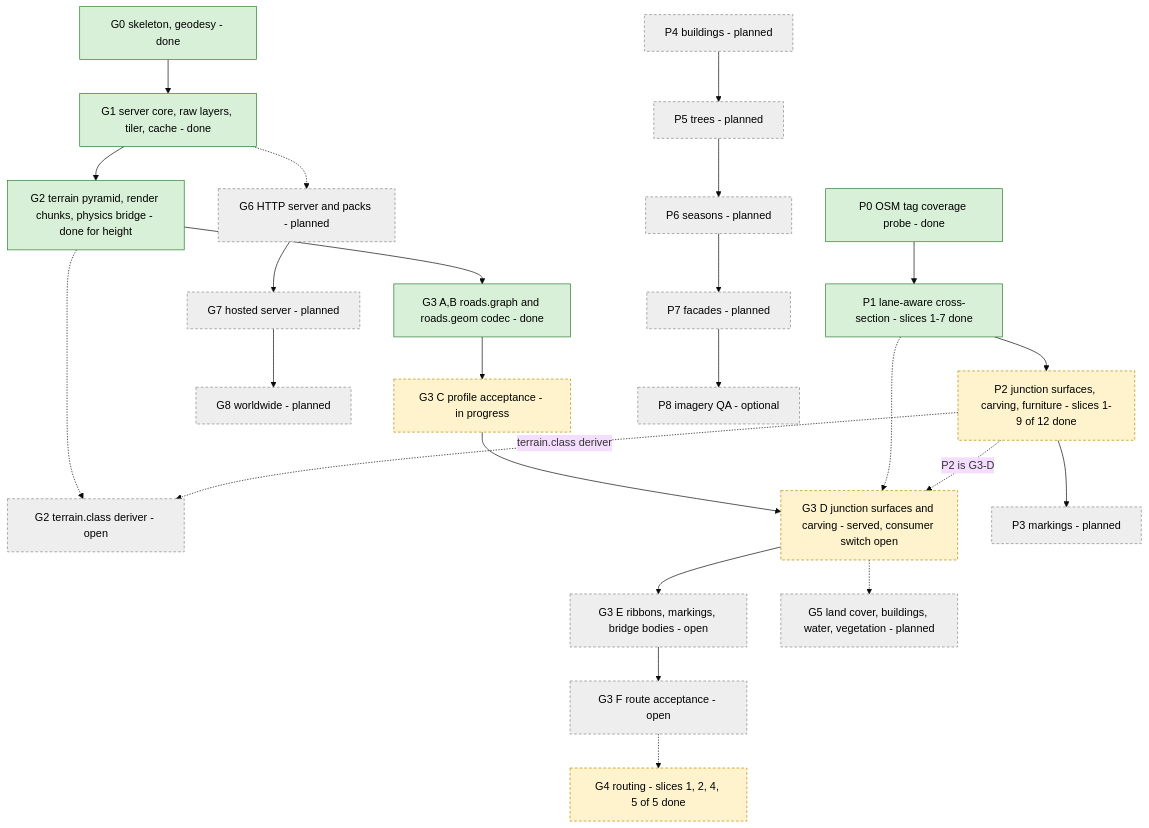
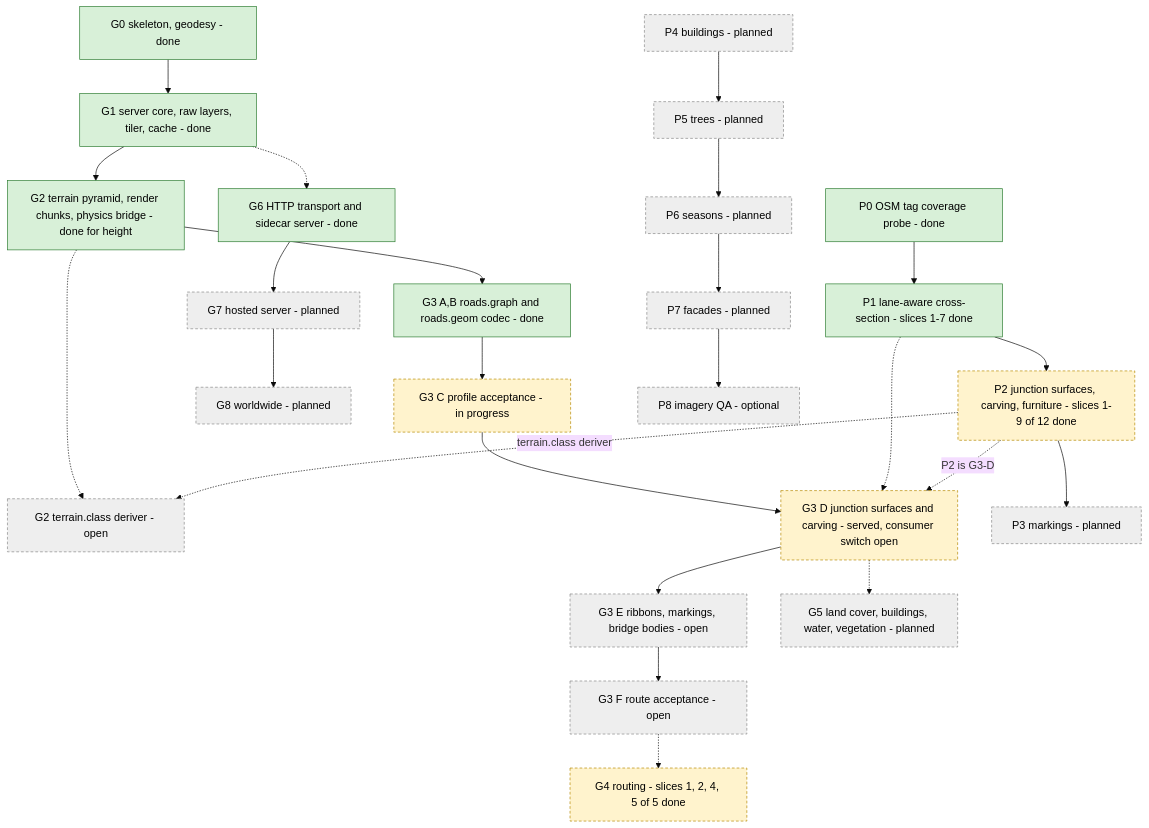
One commit to SebastianDanielFrenz/geo2map_engine changed the fourth of 4 diagrams in docs/pipeline/README.md. Above: the diagram before and after it, drawn with Mermaid (base theme). The commit also changed other lines of this file and 29 other files, not shown here.

````diff
--- a/docs/pipeline/README.md
+++ b/docs/pipeline/README.md
@@ -287,44 +287,44 @@
 ```mermaid
 flowchart TB
   G0["G0 skeleton, geodesy - done"]
   G1["G1 server core, raw layers, tiler, cache - done"]
   G2["G2 terrain pyramid, render chunks, physics bridge - done for height"]
   G2C["G2 terrain.class deriver - open"]
   G3A["G3 A,B roads.graph and roads.geom codec - done"]
   G3C["G3 C profile acceptance - in progress"]
   G3D["G3 D junction surfaces and carving - served, consumer switch open"]
   G3E["G3 E ribbons, markings, bridge bodies - open"]
   G3F["G3 F route acceptance - open"]
   G4["G4 routing - slices 1, 2, 4, 5 of 5 done"]
   G5["G5 land cover, buildings, water, vegetation - planned"]
-  G6["G6 HTTP server and packs - planned"]
+  G6["G6 HTTP transport and sidecar server - done"]
   G7["G7 hosted server - planned"]
   G8["G8 worldwide - planned"]
   P0["P0 OSM tag coverage probe - done"]
   P1["P1 lane-aware cross-section - slices 1-7 done"]
   P2["P2 junction surfaces, carving, furniture - slices 1-9 of 12 done"]
   P3["P3 markings - planned"]
   P4["P4 buildings - planned"]
   P5["P5 trees - planned"]
   P6["P6 seasons - planned"]
   P7["P7 facades - planned"]
   P8["P8 imagery QA - optional"]
 
   G0 --> G1 --> G2 --> G3A --> G3C --> G3D --> G3E --> G3F
   G2 -.-> G2C
   G3F -.-> G4
   G3D -.-> G5
   G1 -.-> G6 --> G7 --> G8
   P0 --> P1 --> P2 --> P3
   P1 -.-> G3D
   P2 -.->|"P2 is G3-D"| G3D
   P2 -.->|"terrain.class deriver"| G2C
   P4 --> P5 --> P6 --> P7 --> P8
 
   classDef done fill:#d8f0d8,stroke:#2e7d32,color:#000;
   classDef part fill:#fff3cd,stroke:#b58900,stroke-dasharray:4 3,color:#000;
   classDef plan fill:#eeeeee,stroke:#888888,stroke-dasharray:4 3,color:#000;
-  class G0,G1,G2,G3A,P0,P1 done;
+  class G0,G1,G2,G3A,G6,P0,P1 done;
   class G3C,G3D,G4,P2 part;
-  class G2C,G3E,G3F,G5,G6,G7,G8,P3,P4,P5,P6,P7,P8 plan;
+  class G2C,G3E,G3F,G5,G7,G8,P3,P4,P5,P6,P7,P8 plan;
 ```
````
